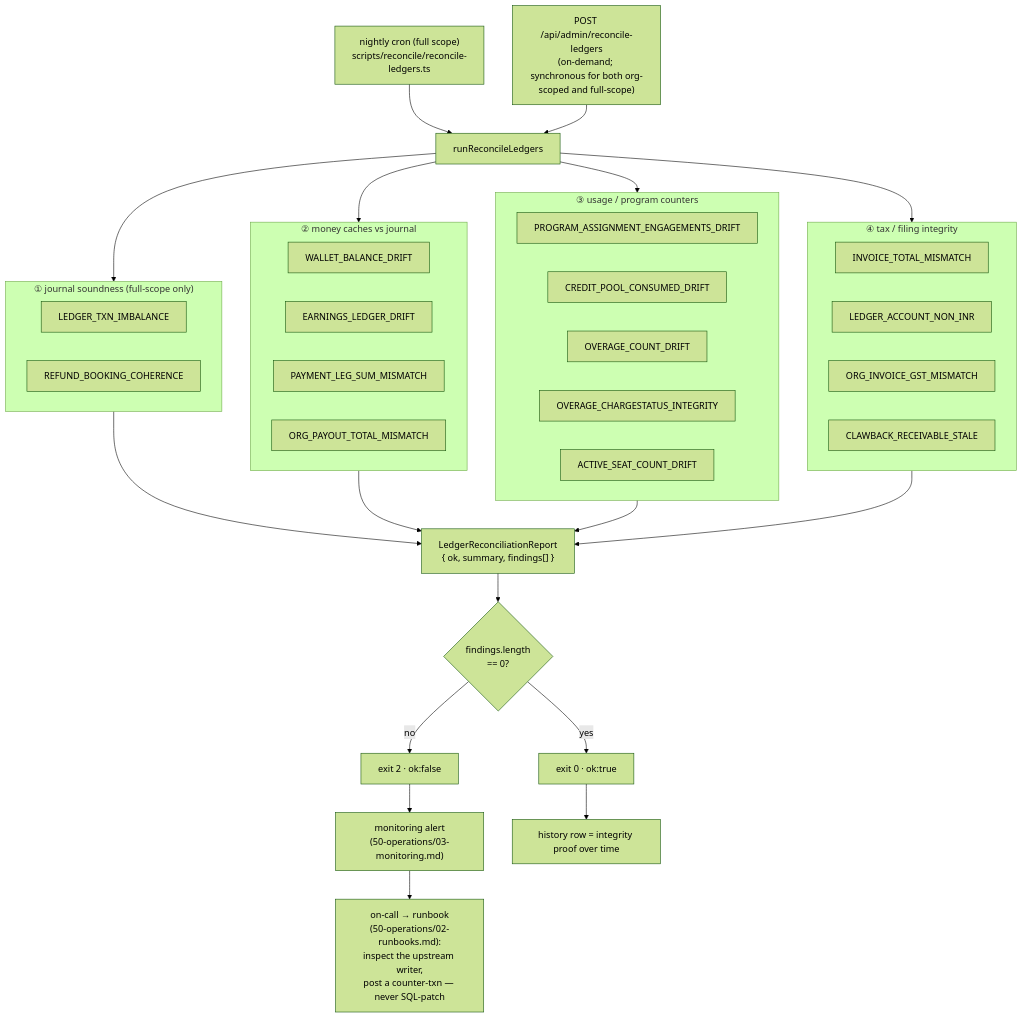
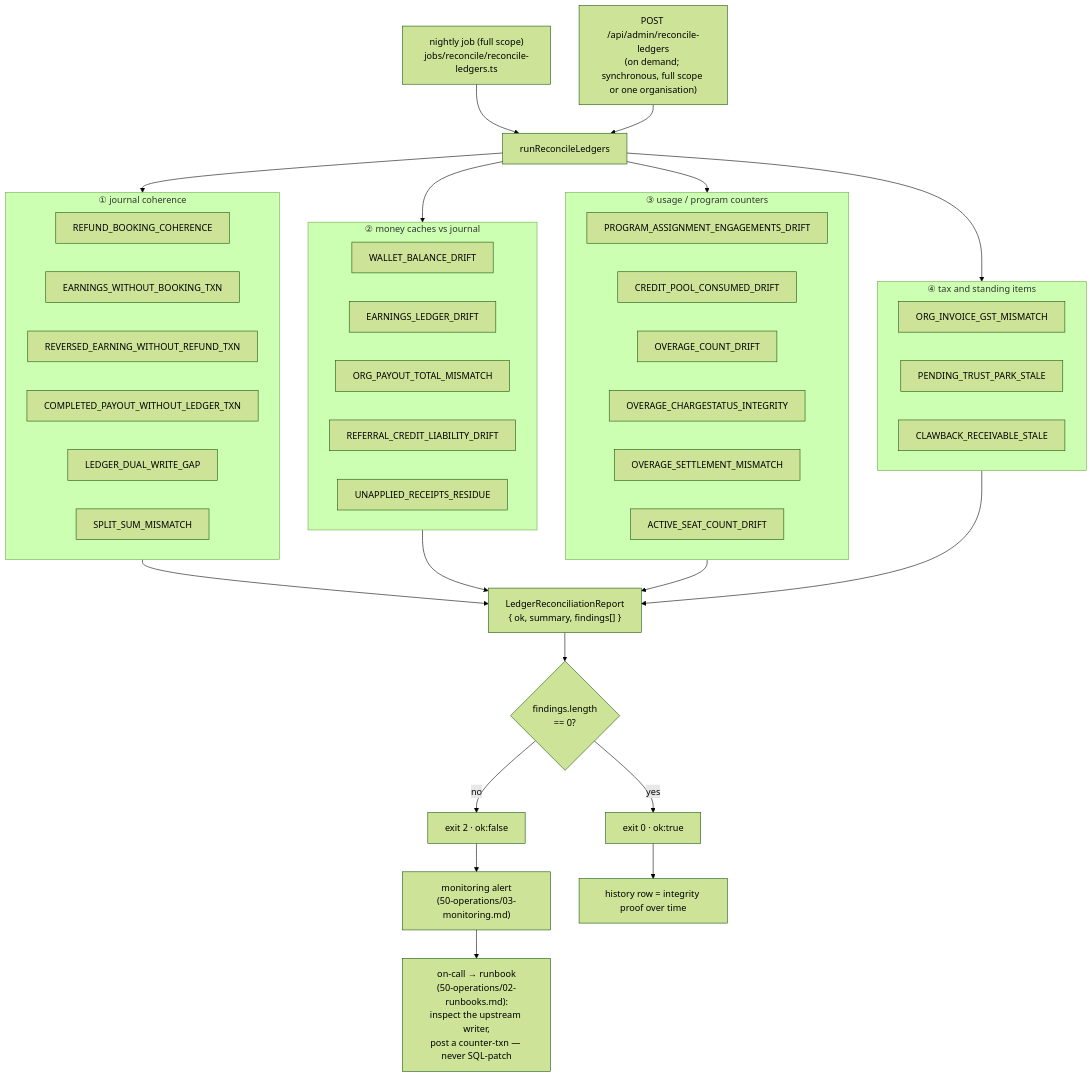
One commit to Practitionist/familiarise_web changed the second of 2 diagrams in docs/enterprise/10-money-and-ledger/13-ledger-integrity.md. Above: the diagram before and after it, drawn with Mermaid (forest theme). The commit also changed other lines of this file and 34 other files, not shown here.

````diff
--- a/docs/enterprise/10-money-and-ledger/13-ledger-integrity.md
+++ b/docs/enterprise/10-money-and-ledger/13-ledger-integrity.md
@@ -63,39 +66,44 @@
 ```mermaid
 flowchart TD
-  CRON["nightly cron (full scope)<br/>scripts/reconcile/reconcile-ledgers.ts"] --> RUN["runReconcileLedgers"]
-  ADMIN["POST /api/admin/reconcile-ledgers<br/>(on-demand; synchronous for both org-scoped and full-scope)"] --> RUN
+  CRON["nightly job (full scope)<br/>jobs/reconcile/reconcile-ledgers.ts"] --> RUN["runReconcileLedgers"]
+  ADMIN["POST /api/admin/reconcile-ledgers<br/>(on demand; synchronous, full scope or one organisation)"] --> RUN
   RUN --> G1
   RUN --> G2
   RUN --> G3
   RUN --> G4
-  subgraph G1["① journal soundness (full-scope only)"]
-    LTI["LEDGER_TXN_IMBALANCE"]
+  subgraph G1["① journal coherence"]
     RBC["REFUND_BOOKING_COHERENCE"]
+    EWB["EARNINGS_WITHOUT_BOOKING_TXN"]
+    REF["REVERSED_EARNING_WITHOUT_REFUND_TXN"]
+    CPW["COMPLETED_PAYOUT_WITHOUT_LEDGER_TXN"]
+    DWG["LEDGER_DUAL_WRITE_GAP"]
+    SSM["SPLIT_SUM_MISMATCH"]
   end
   subgraph G2["② money caches vs journal"]
     WBD["WALLET_BALANCE_DRIFT"]
     ELD["EARNINGS_LEDGER_DRIFT"]
-    PLS["PAYMENT_LEG_SUM_MISMATCH"]
     OPT["ORG_PAYOUT_TOTAL_MISMATCH"]
+    RCL["REFERRAL_CREDIT_LIABILITY_DRIFT"]
+    URR["UNAPPLIED_RECEIPTS_RESIDUE"]
   end
   subgraph G3["③ usage / program counters"]
     PAE["PROGRAM_ASSIGNMENT_ENGAGEMENTS_DRIFT"]
     CPC["CREDIT_POOL_CONSUMED_DRIFT"]
     OCD["OVERAGE_COUNT_DRIFT"]
     OCI["OVERAGE_CHARGESTATUS_INTEGRITY"]
+    OSM["OVERAGE_SETTLEMENT_MISMATCH"]
     ASC["ACTIVE_SEAT_COUNT_DRIFT"]
   end
-  subgraph G4["④ tax / filing integrity"]
-    ITM["INVOICE_TOTAL_MISMATCH"]
-    NIN["LEDGER_ACCOUNT_NON_INR"]
+  subgraph G4["④ tax and standing items"]
     IGM["ORG_INVOICE_GST_MISMATCH"]
+    PTS["PENDING_TRUST_PARK_STALE"]
     CRS["CLAWBACK_RECEIVABLE_STALE"]
   end
   G1 & G2 & G3 & G4 --> RPT["LedgerReconciliationReport<br/>{ ok, summary, findings[] }"]
   RPT --> OK{"findings.length<br/>== 0?"}
   OK -- yes --> CLEAN["exit 0 · ok:true"]
   OK -- no --> PAGE["exit 2 · ok:false"]
   PAGE --> MON["monitoring alert<br/>(50-operations/03-monitoring.md)"]
   MON --> ONCALL["on-call → runbook<br/>(50-operations/02-runbooks.md):<br/>inspect the upstream writer,<br/>post a counter-txn — never SQL-patch"]
   CLEAN --> AUDIT["history row = integrity proof over time"]
 ```
````
